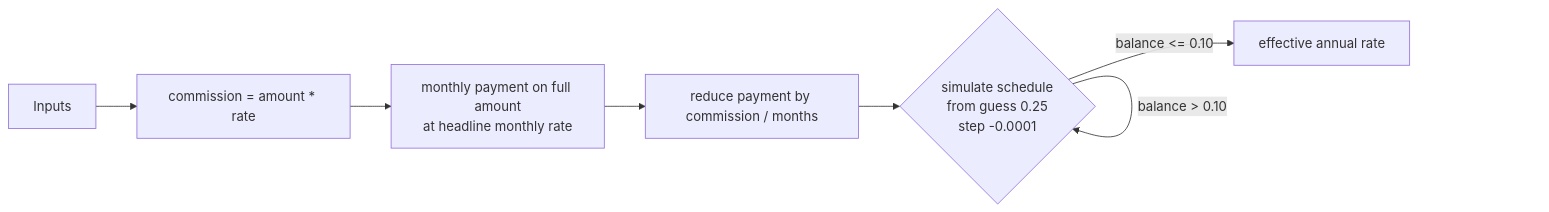
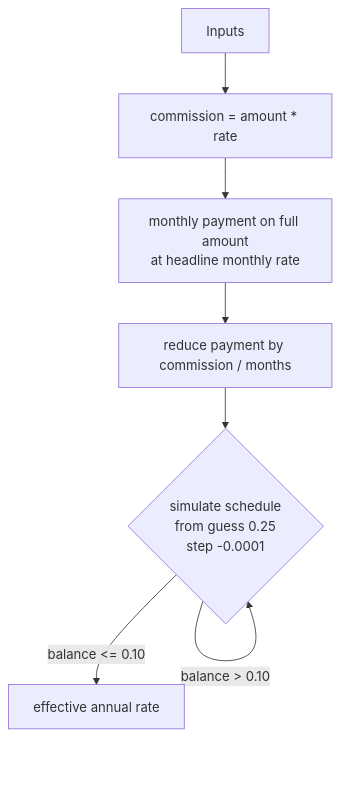
One commit to weirdapps/loans changed the diagram in README.md. Above: the diagram before and after it, drawn with Mermaid.

Commit message:
docs: switch README architecture diagram to vertical layout (#47)
Convert the Mermaid diagram from horizontal (LR) to vertical (TD) so it renders
without horizontal scrolling in the GitHub README column.

````diff
--- a/README.md
+++ b/README.md
@@ -104,9 +104,9 @@
 ```mermaid
-flowchart LR
+flowchart TD
     A[Inputs] --> B[commission = amount * rate]
     B --> C[monthly payment on full amount<br/>at headline monthly rate]
     C --> D[reduce payment by commission / months]
     D --> E{simulate schedule<br/>from guess 0.25<br/>step -0.0001}
     E -->|balance > 0.10| E
     E -->|balance <= 0.10| F[effective annual rate]
 ```
````
